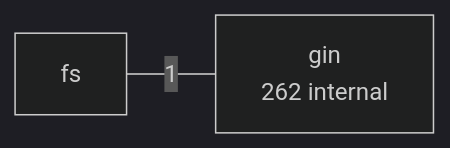
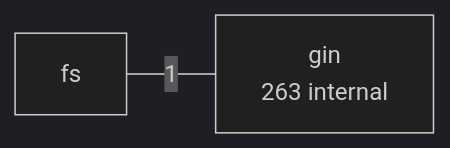
Before and after one commit to LukasSelin/doppel: the third of 9 diagrams in examples/gin.md, drawn with Mermaid (dark theme). The commit also changed other lines of this file and 7 other files, not shown here.

````diff
--- a/examples/gin.md
+++ b/examples/gin.md
@@ -208,6 +208,6 @@
 ```mermaid
 flowchart LR
     p0["fs"]
-    p1["gin<br/>262 internal"]
+    p1["gin<br/>263 internal"]
     p0 ---|"1"| p1
 ```
````
